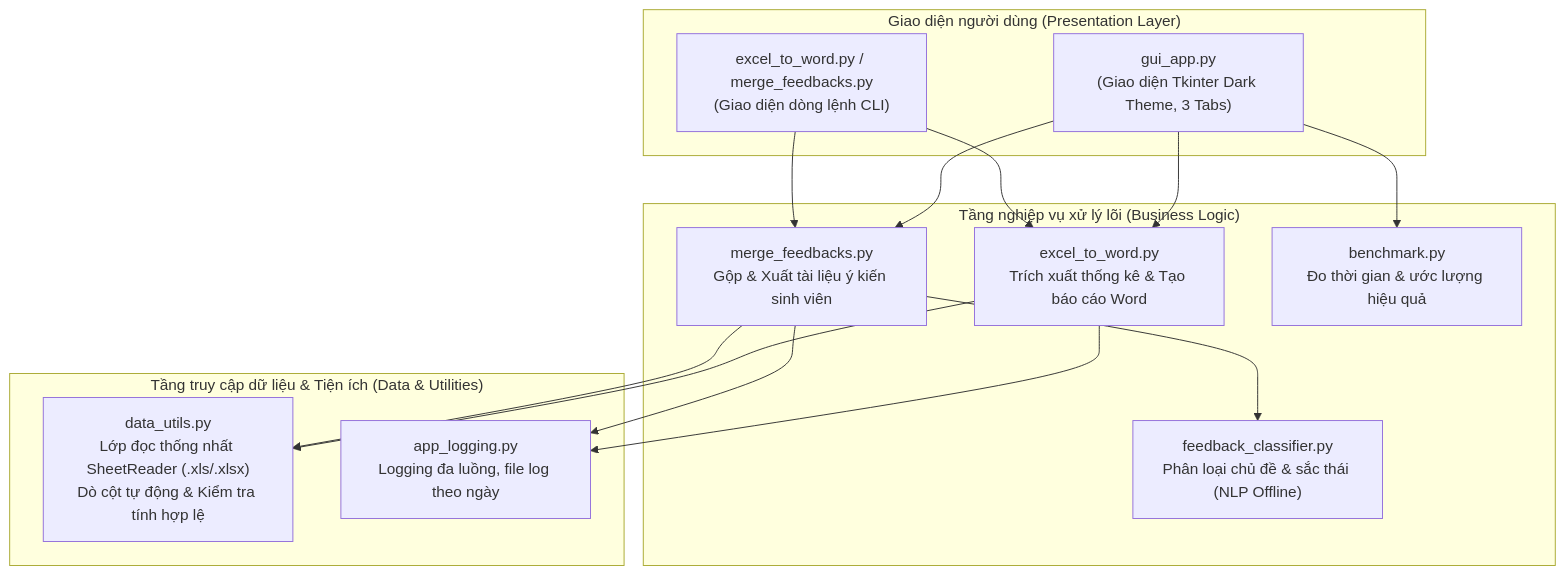
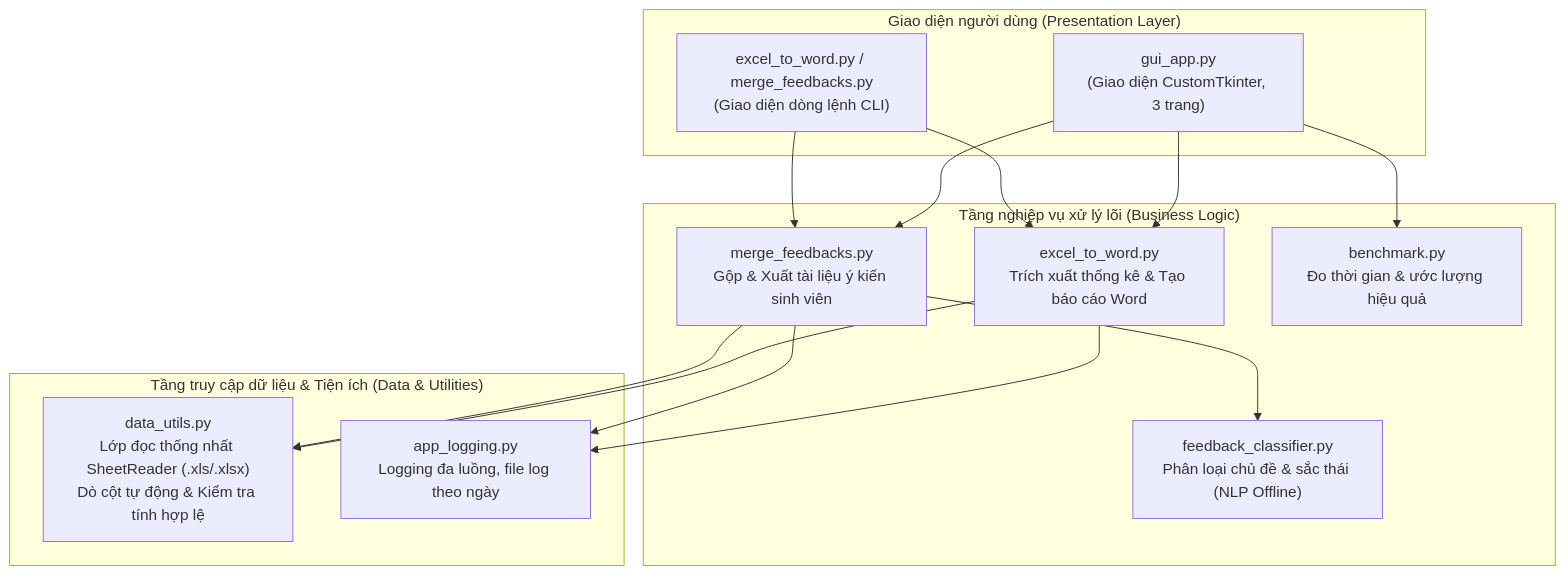
One commit to dqphong0302/dbcl_tonghop changed the diagram in README.md. Above: the diagram before and after it, drawn with Mermaid. The commit also changed other lines of this file and 20 other files, not shown here.

````diff
--- a/README.md
+++ b/README.md
@@ -90,30 +90,30 @@
 ```mermaid
 flowchart TD
     subgraph UI["Giao diện người dùng (Presentation Layer)"]
-        GUI["gui_app.py<br/>(Giao diện Tkinter Dark Theme, 3 Tabs)"]
+        GUI["gui_app.py<br/>(Giao diện CustomTkinter, 3 trang)"]
         CLI["excel_to_word.py / merge_feedbacks.py<br/>(Giao diện dòng lệnh CLI)"]
     end
 
     subgraph Core["Tầng nghiệp vụ xử lý lõi (Business Logic)"]
         E2W["excel_to_word.py<br/>Trích xuất thống kê & Tạo báo cáo Word"]
         MF["merge_feedbacks.py<br/>Gộp & Xuất tài liệu ý kiến sinh viên"]
         FC["feedback_classifier.py<br/>Phân loại chủ đề & sắc thái (NLP Offline)"]
         BM["benchmark.py<br/>Đo thời gian & ước lượng hiệu quả"]
     end
 
     subgraph Data["Tầng truy cập dữ liệu & Tiện ích (Data & Utilities)"]
         DU["data_utils.py<br/>Lớp đọc thống nhất SheetReader (.xls/.xlsx)<br/>Dò cột tự động & Kiểm tra tính hợp lệ"]
         LOG["app_logging.py<br/>Logging đa luồng, file log theo ngày"]
     end
 
     GUI --> E2W
     GUI --> MF
     GUI --> BM
     CLI --> E2W
     CLI --> MF
     E2W --> DU
     E2W --> LOG
     MF --> DU
     MF --> FC
     MF --> LOG
 ```
````
